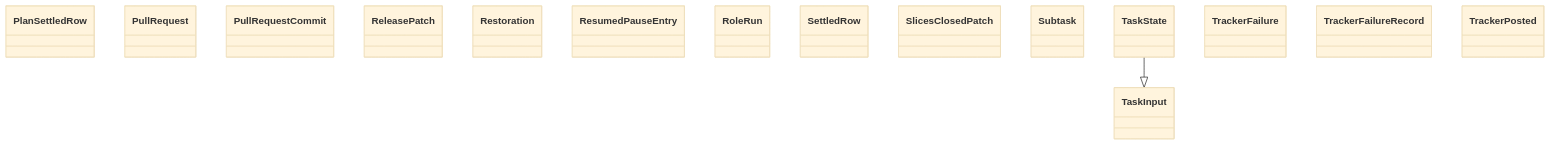
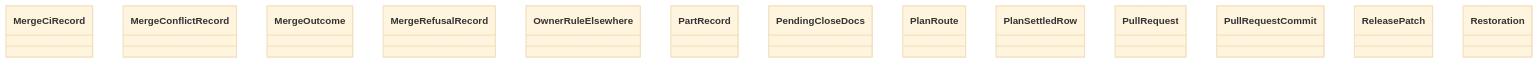
One commit to GonzaloZevallos/agentic-system changed the diagram in docs/architecture/generated/classes-process-domain-state-5.md. Above: the diagram before and after it, drawn with Mermaid (base theme). The commit also changed other lines of this file and 18 other files, not shown here.

First line of the commit message:
Regenerate the architecture pages for the shadow record types

````diff
--- a/docs/architecture/generated/classes-process-domain-state-5.md
+++ b/docs/architecture/generated/classes-process-domain-state-5.md
@@ -22,19 +23,16 @@
 ```mermaid
 classDiagram
+    class task__MergeCiRecord["MergeCiRecord"]
+    class task__MergeConflictRecord["MergeConflictRecord"]
+    class task__MergeOutcome["MergeOutcome"]
+    class task__MergeRefusalRecord["MergeRefusalRecord"]
+    class task__OwnerRuleElsewhere["OwnerRuleElsewhere"]
+    class task__PartRecord["PartRecord"]
+    class task__PendingCloseDocs["PendingCloseDocs"]
+    class task__PlanRoute["PlanRoute"]
     class task__PlanSettledRow["PlanSettledRow"]
     class task__PullRequest["PullRequest"]
     class task__PullRequestCommit["PullRequestCommit"]
     class task__ReleasePatch["ReleasePatch"]
     class task__Restoration["Restoration"]
-    class task__ResumedPauseEntry["ResumedPauseEntry"]
-    class task__RoleRun["RoleRun"]
-    class task__SettledRow["SettledRow"]
-    class task__SlicesClosedPatch["SlicesClosedPatch"]
-    class task__Subtask["Subtask"]
-    class task__TaskInput["TaskInput"]
-    class task__TaskState["TaskState"]
-    class task__TrackerFailure["TrackerFailure"]
-    class task__TrackerFailureRecord["TrackerFailureRecord"]
-    class task__TrackerPosted["TrackerPosted"]
-    task__TaskState --|> task__TaskInput
 ```
````
